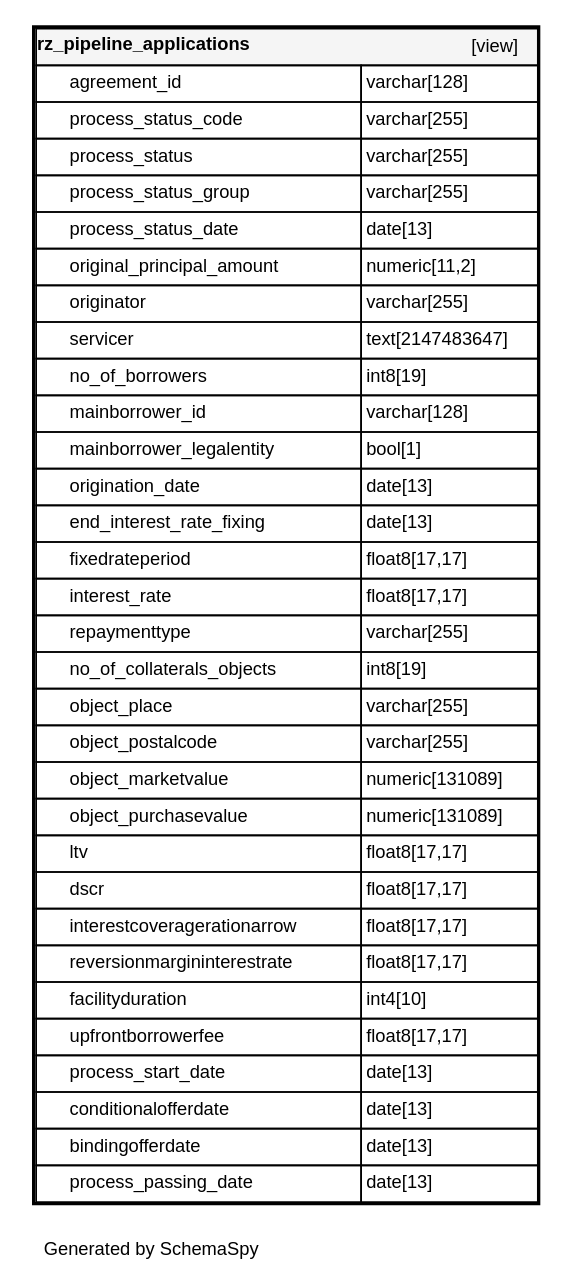
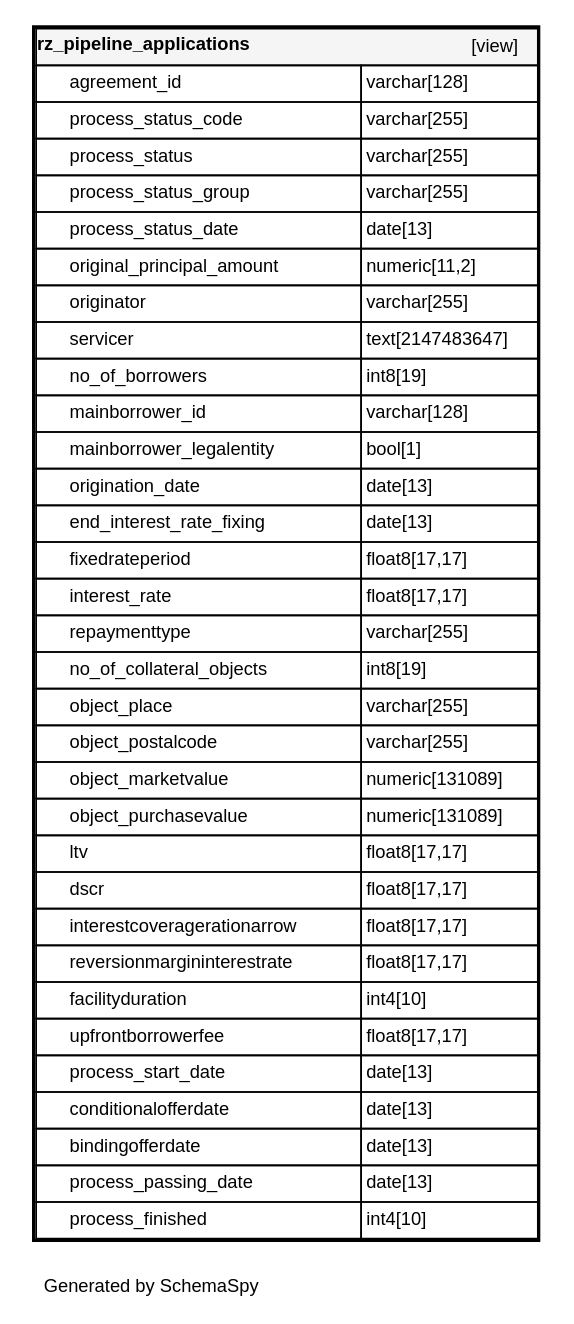
The diagram in db_standardzone_version01/diagrams/tables/rz_pipeline_applications.1degree.dot (fyndoo/fyndoo.github.io), drawn with Graphviz before and after one commit. The commit also changed 108 other files, not shown here.

```diff
--- a/db_standardzone_version01/diagrams/tables/rz_pipeline_applications.1degree.dot
+++ b/db_standardzone_version01/diagrams/tables/rz_pipeline_applications.1degree.dot
@@ -1,61 +1,62 @@
 digraph "oneDegreeRelationshipsDiagram" {
   graph [
     rankdir="RL"
     bgcolor="#ffffff"
     label="\nGenerated by SchemaSpy"
     labeljust="l"
     nodesep="0.18"
     ranksep="0.46"
     fontname="Helvetica"
     fontsize="11"
     ration="compress"
   ];
   node [
     fontname="Helvetica"
     fontsize="11"
     shape="plaintext"
   ];
   edge [
     arrowsize="0.8"
   ];
   "rz_pipeline_applications" [
    label=<
     <TABLE BORDER="2" CELLBORDER="1" CELLSPACING="0" BGCOLOR="#ffffff">
       <TR><TD COLSPAN="4"  BGCOLOR="#f5f5f5"><TABLE BORDER="0" CELLSPACING="0"><TR><TD ALIGN="LEFT" FIXEDSIZE="TRUE" WIDTH="142" HEIGHT="16"><B>rz_pipeline_applications</B></TD><TD ALIGN="RIGHT">[view]</TD></TR></TABLE></TD></TR>
       <TR><TD PORT="agreement_id" COLSPAN="2" ALIGN="LEFT"><TABLE BORDER="0" CELLSPACING="0" ALIGN="LEFT"><TR ALIGN="LEFT"><TD ALIGN="LEFT" FIXEDSIZE="TRUE" WIDTH="15" HEIGHT="16"></TD><TD ALIGN="LEFT" FIXEDSIZE="TRUE" WIDTH="174" HEIGHT="16">agreement_id</TD></TR></TABLE></TD><TD PORT="agreement_id.type" ALIGN="LEFT">varchar[128]</TD></TR>
       <TR><TD PORT="process_status_code" COLSPAN="2" ALIGN="LEFT"><TABLE BORDER="0" CELLSPACING="0" ALIGN="LEFT"><TR ALIGN="LEFT"><TD ALIGN="LEFT" FIXEDSIZE="TRUE" WIDTH="15" HEIGHT="16"></TD><TD ALIGN="LEFT" FIXEDSIZE="TRUE" WIDTH="174" HEIGHT="16">process_status_code</TD></TR></TABLE></TD><TD PORT="process_status_code.type" ALIGN="LEFT">varchar[255]</TD></TR>
       <TR><TD PORT="process_status" COLSPAN="2" ALIGN="LEFT"><TABLE BORDER="0" CELLSPACING="0" ALIGN="LEFT"><TR ALIGN="LEFT"><TD ALIGN="LEFT" FIXEDSIZE="TRUE" WIDTH="15" HEIGHT="16"></TD><TD ALIGN="LEFT" FIXEDSIZE="TRUE" WIDTH="174" HEIGHT="16">process_status</TD></TR></TABLE></TD><TD PORT="process_status.type" ALIGN="LEFT">varchar[255]</TD></TR>
       <TR><TD PORT="process_status_group" COLSPAN="2" ALIGN="LEFT"><TABLE BORDER="0" CELLSPACING="0" ALIGN="LEFT"><TR ALIGN="LEFT"><TD ALIGN="LEFT" FIXEDSIZE="TRUE" WIDTH="15" HEIGHT="16"></TD><TD ALIGN="LEFT" FIXEDSIZE="TRUE" WIDTH="174" HEIGHT="16">process_status_group</TD></TR></TABLE></TD><TD PORT="process_status_group.type" ALIGN="LEFT">varchar[255]</TD></TR>
       <TR><TD PORT="process_status_date" COLSPAN="2" ALIGN="LEFT"><TABLE BORDER="0" CELLSPACING="0" ALIGN="LEFT"><TR ALIGN="LEFT"><TD ALIGN="LEFT" FIXEDSIZE="TRUE" WIDTH="15" HEIGHT="16"></TD><TD ALIGN="LEFT" FIXEDSIZE="TRUE" WIDTH="174" HEIGHT="16">process_status_date</TD></TR></TABLE></TD><TD PORT="process_status_date.type" ALIGN="LEFT">date[13]</TD></TR>
       <TR><TD PORT="original_principal_amount" COLSPAN="2" ALIGN="LEFT"><TABLE BORDER="0" CELLSPACING="0" ALIGN="LEFT"><TR ALIGN="LEFT"><TD ALIGN="LEFT" FIXEDSIZE="TRUE" WIDTH="15" HEIGHT="16"></TD><TD ALIGN="LEFT" FIXEDSIZE="TRUE" WIDTH="174" HEIGHT="16">original_principal_amount</TD></TR></TABLE></TD><TD PORT="original_principal_amount.type" ALIGN="LEFT">numeric[11,2]</TD></TR>
       <TR><TD PORT="originator" COLSPAN="2" ALIGN="LEFT"><TABLE BORDER="0" CELLSPACING="0" ALIGN="LEFT"><TR ALIGN="LEFT"><TD ALIGN="LEFT" FIXEDSIZE="TRUE" WIDTH="15" HEIGHT="16"></TD><TD ALIGN="LEFT" FIXEDSIZE="TRUE" WIDTH="174" HEIGHT="16">originator</TD></TR></TABLE></TD><TD PORT="originator.type" ALIGN="LEFT">varchar[255]</TD></TR>
       <TR><TD PORT="servicer" COLSPAN="2" ALIGN="LEFT"><TABLE BORDER="0" CELLSPACING="0" ALIGN="LEFT"><TR ALIGN="LEFT"><TD ALIGN="LEFT" FIXEDSIZE="TRUE" WIDTH="15" HEIGHT="16"></TD><TD ALIGN="LEFT" FIXEDSIZE="TRUE" WIDTH="174" HEIGHT="16">servicer</TD></TR></TABLE></TD><TD PORT="servicer.type" ALIGN="LEFT">text[2147483647]</TD></TR>
       <TR><TD PORT="no_of_borrowers" COLSPAN="2" ALIGN="LEFT"><TABLE BORDER="0" CELLSPACING="0" ALIGN="LEFT"><TR ALIGN="LEFT"><TD ALIGN="LEFT" FIXEDSIZE="TRUE" WIDTH="15" HEIGHT="16"></TD><TD ALIGN="LEFT" FIXEDSIZE="TRUE" WIDTH="174" HEIGHT="16">no_of_borrowers</TD></TR></TABLE></TD><TD PORT="no_of_borrowers.type" ALIGN="LEFT">int8[19]</TD></TR>
       <TR><TD PORT="mainborrower_id" COLSPAN="2" ALIGN="LEFT"><TABLE BORDER="0" CELLSPACING="0" ALIGN="LEFT"><TR ALIGN="LEFT"><TD ALIGN="LEFT" FIXEDSIZE="TRUE" WIDTH="15" HEIGHT="16"></TD><TD ALIGN="LEFT" FIXEDSIZE="TRUE" WIDTH="174" HEIGHT="16">mainborrower_id</TD></TR></TABLE></TD><TD PORT="mainborrower_id.type" ALIGN="LEFT">varchar[128]</TD></TR>
       <TR><TD PORT="mainborrower_legalentity" COLSPAN="2" ALIGN="LEFT"><TABLE BORDER="0" CELLSPACING="0" ALIGN="LEFT"><TR ALIGN="LEFT"><TD ALIGN="LEFT" FIXEDSIZE="TRUE" WIDTH="15" HEIGHT="16"></TD><TD ALIGN="LEFT" FIXEDSIZE="TRUE" WIDTH="174" HEIGHT="16">mainborrower_legalentity</TD></TR></TABLE></TD><TD PORT="mainborrower_legalentity.type" ALIGN="LEFT">bool[1]</TD></TR>
       <TR><TD PORT="origination_date" COLSPAN="2" ALIGN="LEFT"><TABLE BORDER="0" CELLSPACING="0" ALIGN="LEFT"><TR ALIGN="LEFT"><TD ALIGN="LEFT" FIXEDSIZE="TRUE" WIDTH="15" HEIGHT="16"></TD><TD ALIGN="LEFT" FIXEDSIZE="TRUE" WIDTH="174" HEIGHT="16">origination_date</TD></TR></TABLE></TD><TD PORT="origination_date.type" ALIGN="LEFT">date[13]</TD></TR>
       <TR><TD PORT="end_interest_rate_fixing" COLSPAN="2" ALIGN="LEFT"><TABLE BORDER="0" CELLSPACING="0" ALIGN="LEFT"><TR ALIGN="LEFT"><TD ALIGN="LEFT" FIXEDSIZE="TRUE" WIDTH="15" HEIGHT="16"></TD><TD ALIGN="LEFT" FIXEDSIZE="TRUE" WIDTH="174" HEIGHT="16">end_interest_rate_fixing</TD></TR></TABLE></TD><TD PORT="end_interest_rate_fixing.type" ALIGN="LEFT">date[13]</TD></TR>
       <TR><TD PORT="fixedrateperiod" COLSPAN="2" ALIGN="LEFT"><TABLE BORDER="0" CELLSPACING="0" ALIGN="LEFT"><TR ALIGN="LEFT"><TD ALIGN="LEFT" FIXEDSIZE="TRUE" WIDTH="15" HEIGHT="16"></TD><TD ALIGN="LEFT" FIXEDSIZE="TRUE" WIDTH="174" HEIGHT="16">fixedrateperiod</TD></TR></TABLE></TD><TD PORT="fixedrateperiod.type" ALIGN="LEFT">float8[17,17]</TD></TR>
       <TR><TD PORT="interest_rate" COLSPAN="2" ALIGN="LEFT"><TABLE BORDER="0" CELLSPACING="0" ALIGN="LEFT"><TR ALIGN="LEFT"><TD ALIGN="LEFT" FIXEDSIZE="TRUE" WIDTH="15" HEIGHT="16"></TD><TD ALIGN="LEFT" FIXEDSIZE="TRUE" WIDTH="174" HEIGHT="16">interest_rate</TD></TR></TABLE></TD><TD PORT="interest_rate.type" ALIGN="LEFT">float8[17,17]</TD></TR>
       <TR><TD PORT="repaymenttype" COLSPAN="2" ALIGN="LEFT"><TABLE BORDER="0" CELLSPACING="0" ALIGN="LEFT"><TR ALIGN="LEFT"><TD ALIGN="LEFT" FIXEDSIZE="TRUE" WIDTH="15" HEIGHT="16"></TD><TD ALIGN="LEFT" FIXEDSIZE="TRUE" WIDTH="174" HEIGHT="16">repaymenttype</TD></TR></TABLE></TD><TD PORT="repaymenttype.type" ALIGN="LEFT">varchar[255]</TD></TR>
-      <TR><TD PORT="no_of_collaterals_objects" COLSPAN="2" ALIGN="LEFT"><TABLE BORDER="0" CELLSPACING="0" ALIGN="LEFT"><TR ALIGN="LEFT"><TD ALIGN="LEFT" FIXEDSIZE="TRUE" WIDTH="15" HEIGHT="16"></TD><TD ALIGN="LEFT" FIXEDSIZE="TRUE" WIDTH="174" HEIGHT="16">no_of_collaterals_objects</TD></TR></TABLE></TD><TD PORT="no_of_collaterals_objects.type" ALIGN="LEFT">int8[19]</TD></TR>
+      <TR><TD PORT="no_of_collateral_objects" COLSPAN="2" ALIGN="LEFT"><TABLE BORDER="0" CELLSPACING="0" ALIGN="LEFT"><TR ALIGN="LEFT"><TD ALIGN="LEFT" FIXEDSIZE="TRUE" WIDTH="15" HEIGHT="16"></TD><TD ALIGN="LEFT" FIXEDSIZE="TRUE" WIDTH="174" HEIGHT="16">no_of_collateral_objects</TD></TR></TABLE></TD><TD PORT="no_of_collateral_objects.type" ALIGN="LEFT">int8[19]</TD></TR>
       <TR><TD PORT="object_place" COLSPAN="2" ALIGN="LEFT"><TABLE BORDER="0" CELLSPACING="0" ALIGN="LEFT"><TR ALIGN="LEFT"><TD ALIGN="LEFT" FIXEDSIZE="TRUE" WIDTH="15" HEIGHT="16"></TD><TD ALIGN="LEFT" FIXEDSIZE="TRUE" WIDTH="174" HEIGHT="16">object_place</TD></TR></TABLE></TD><TD PORT="object_place.type" ALIGN="LEFT">varchar[255]</TD></TR>
       <TR><TD PORT="object_postalcode" COLSPAN="2" ALIGN="LEFT"><TABLE BORDER="0" CELLSPACING="0" ALIGN="LEFT"><TR ALIGN="LEFT"><TD ALIGN="LEFT" FIXEDSIZE="TRUE" WIDTH="15" HEIGHT="16"></TD><TD ALIGN="LEFT" FIXEDSIZE="TRUE" WIDTH="174" HEIGHT="16">object_postalcode</TD></TR></TABLE></TD><TD PORT="object_postalcode.type" ALIGN="LEFT">varchar[255]</TD></TR>
       <TR><TD PORT="object_marketvalue" COLSPAN="2" ALIGN="LEFT"><TABLE BORDER="0" CELLSPACING="0" ALIGN="LEFT"><TR ALIGN="LEFT"><TD ALIGN="LEFT" FIXEDSIZE="TRUE" WIDTH="15" HEIGHT="16"></TD><TD ALIGN="LEFT" FIXEDSIZE="TRUE" WIDTH="174" HEIGHT="16">object_marketvalue</TD></TR></TABLE></TD><TD PORT="object_marketvalue.type" ALIGN="LEFT">numeric[131089]</TD></TR>
       <TR><TD PORT="object_purchasevalue" COLSPAN="2" ALIGN="LEFT"><TABLE BORDER="0" CELLSPACING="0" ALIGN="LEFT"><TR ALIGN="LEFT"><TD ALIGN="LEFT" FIXEDSIZE="TRUE" WIDTH="15" HEIGHT="16"></TD><TD ALIGN="LEFT" FIXEDSIZE="TRUE" WIDTH="174" HEIGHT="16">object_purchasevalue</TD></TR></TABLE></TD><TD PORT="object_purchasevalue.type" ALIGN="LEFT">numeric[131089]</TD></TR>
       <TR><TD PORT="ltv" COLSPAN="2" ALIGN="LEFT"><TABLE BORDER="0" CELLSPACING="0" ALIGN="LEFT"><TR ALIGN="LEFT"><TD ALIGN="LEFT" FIXEDSIZE="TRUE" WIDTH="15" HEIGHT="16"></TD><TD ALIGN="LEFT" FIXEDSIZE="TRUE" WIDTH="174" HEIGHT="16">ltv</TD></TR></TABLE></TD><TD PORT="ltv.type" ALIGN="LEFT">float8[17,17]</TD></TR>
       <TR><TD PORT="dscr" COLSPAN="2" ALIGN="LEFT"><TABLE BORDER="0" CELLSPACING="0" ALIGN="LEFT"><TR ALIGN="LEFT"><TD ALIGN="LEFT" FIXEDSIZE="TRUE" WIDTH="15" HEIGHT="16"></TD><TD ALIGN="LEFT" FIXEDSIZE="TRUE" WIDTH="174" HEIGHT="16">dscr</TD></TR></TABLE></TD><TD PORT="dscr.type" ALIGN="LEFT">float8[17,17]</TD></TR>
       <TR><TD PORT="interestcoveragerationarrow" COLSPAN="2" ALIGN="LEFT"><TABLE BORDER="0" CELLSPACING="0" ALIGN="LEFT"><TR ALIGN="LEFT"><TD ALIGN="LEFT" FIXEDSIZE="TRUE" WIDTH="15" HEIGHT="16"></TD><TD ALIGN="LEFT" FIXEDSIZE="TRUE" WIDTH="174" HEIGHT="16">interestcoveragerationarrow</TD></TR></TABLE></TD><TD PORT="interestcoveragerationarrow.type" ALIGN="LEFT">float8[17,17]</TD></TR>
       <TR><TD PORT="reversionmargininterestrate" COLSPAN="2" ALIGN="LEFT"><TABLE BORDER="0" CELLSPACING="0" ALIGN="LEFT"><TR ALIGN="LEFT"><TD ALIGN="LEFT" FIXEDSIZE="TRUE" WIDTH="15" HEIGHT="16"></TD><TD ALIGN="LEFT" FIXEDSIZE="TRUE" WIDTH="174" HEIGHT="16">reversionmargininterestrate</TD></TR></TABLE></TD><TD PORT="reversionmargininterestrate.type" ALIGN="LEFT">float8[17,17]</TD></TR>
       <TR><TD PORT="facilityduration" COLSPAN="2" ALIGN="LEFT"><TABLE BORDER="0" CELLSPACING="0" ALIGN="LEFT"><TR ALIGN="LEFT"><TD ALIGN="LEFT" FIXEDSIZE="TRUE" WIDTH="15" HEIGHT="16"></TD><TD ALIGN="LEFT" FIXEDSIZE="TRUE" WIDTH="174" HEIGHT="16">facilityduration</TD></TR></TABLE></TD><TD PORT="facilityduration.type" ALIGN="LEFT">int4[10]</TD></TR>
       <TR><TD PORT="upfrontborrowerfee" COLSPAN="2" ALIGN="LEFT"><TABLE BORDER="0" CELLSPACING="0" ALIGN="LEFT"><TR ALIGN="LEFT"><TD ALIGN="LEFT" FIXEDSIZE="TRUE" WIDTH="15" HEIGHT="16"></TD><TD ALIGN="LEFT" FIXEDSIZE="TRUE" WIDTH="174" HEIGHT="16">upfrontborrowerfee</TD></TR></TABLE></TD><TD PORT="upfrontborrowerfee.type" ALIGN="LEFT">float8[17,17]</TD></TR>
       <TR><TD PORT="process_start_date" COLSPAN="2" ALIGN="LEFT"><TABLE BORDER="0" CELLSPACING="0" ALIGN="LEFT"><TR ALIGN="LEFT"><TD ALIGN="LEFT" FIXEDSIZE="TRUE" WIDTH="15" HEIGHT="16"></TD><TD ALIGN="LEFT" FIXEDSIZE="TRUE" WIDTH="174" HEIGHT="16">process_start_date</TD></TR></TABLE></TD><TD PORT="process_start_date.type" ALIGN="LEFT">date[13]</TD></TR>
       <TR><TD PORT="conditionalofferdate" COLSPAN="2" ALIGN="LEFT"><TABLE BORDER="0" CELLSPACING="0" ALIGN="LEFT"><TR ALIGN="LEFT"><TD ALIGN="LEFT" FIXEDSIZE="TRUE" WIDTH="15" HEIGHT="16"></TD><TD ALIGN="LEFT" FIXEDSIZE="TRUE" WIDTH="174" HEIGHT="16">conditionalofferdate</TD></TR></TABLE></TD><TD PORT="conditionalofferdate.type" ALIGN="LEFT">date[13]</TD></TR>
       <TR><TD PORT="bindingofferdate" COLSPAN="2" ALIGN="LEFT"><TABLE BORDER="0" CELLSPACING="0" ALIGN="LEFT"><TR ALIGN="LEFT"><TD ALIGN="LEFT" FIXEDSIZE="TRUE" WIDTH="15" HEIGHT="16"></TD><TD ALIGN="LEFT" FIXEDSIZE="TRUE" WIDTH="174" HEIGHT="16">bindingofferdate</TD></TR></TABLE></TD><TD PORT="bindingofferdate.type" ALIGN="LEFT">date[13]</TD></TR>
       <TR><TD PORT="process_passing_date" COLSPAN="2" ALIGN="LEFT"><TABLE BORDER="0" CELLSPACING="0" ALIGN="LEFT"><TR ALIGN="LEFT"><TD ALIGN="LEFT" FIXEDSIZE="TRUE" WIDTH="15" HEIGHT="16"></TD><TD ALIGN="LEFT" FIXEDSIZE="TRUE" WIDTH="174" HEIGHT="16">process_passing_date</TD></TR></TABLE></TD><TD PORT="process_passing_date.type" ALIGN="LEFT">date[13]</TD></TR>
+      <TR><TD PORT="process_finished" COLSPAN="2" ALIGN="LEFT"><TABLE BORDER="0" CELLSPACING="0" ALIGN="LEFT"><TR ALIGN="LEFT"><TD ALIGN="LEFT" FIXEDSIZE="TRUE" WIDTH="15" HEIGHT="16"></TD><TD ALIGN="LEFT" FIXEDSIZE="TRUE" WIDTH="174" HEIGHT="16">process_finished</TD></TR></TABLE></TD><TD PORT="process_finished.type" ALIGN="LEFT">int4[10]</TD></TR>
     </TABLE>>
     URL="rz_pipeline_applications.html"
     target="_top"
     tooltip="rz_pipeline_applications"
   ];
 }
```
